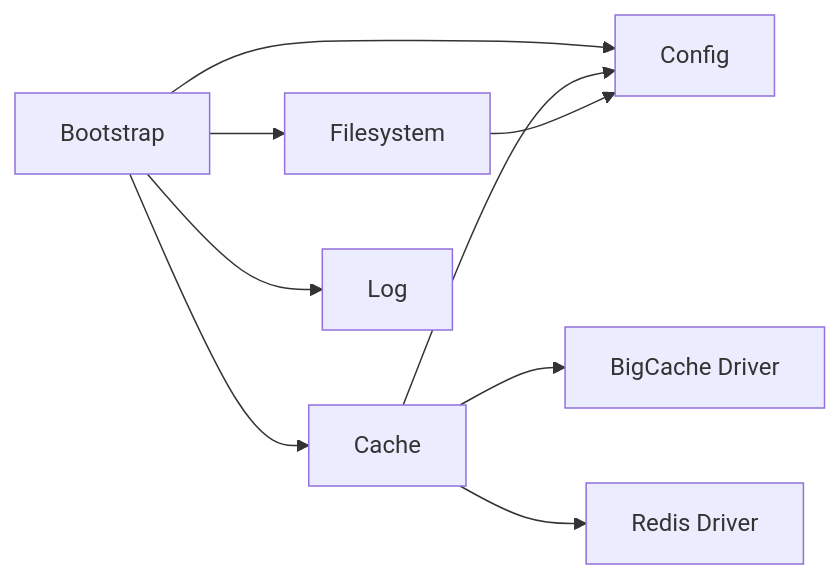
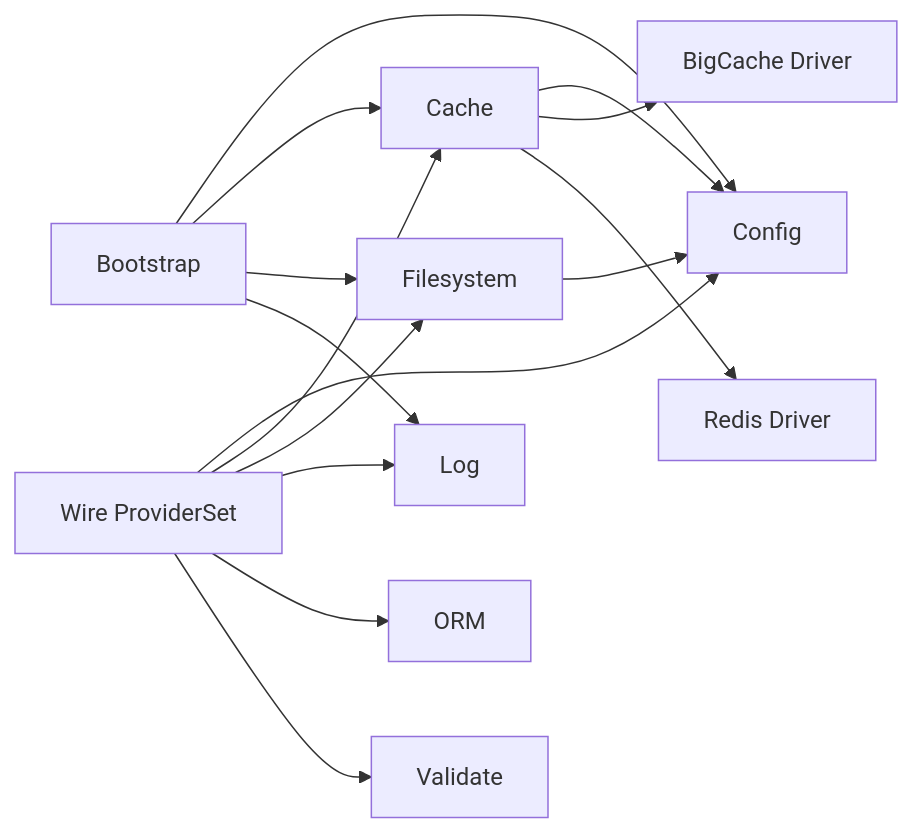
Before and after one commit to wuwuseo/cmf: the seventh of 7 diagrams in .qoder/repowiki/zh/content/核心架构/依赖注入机制.md, drawn with Mermaid. The commit also changed other lines of this file and 5 other files, not shown here.

````diff
--- a/.qoder/repowiki/zh/content/核心架构/依赖注入机制.md
+++ b/.qoder/repowiki/zh/content/核心架构/依赖注入机制.md
@@ -294,11 +378,17 @@
 ```mermaid
 graph LR
 Boot["Bootstrap"] --> Cfg["Config"]
 Boot --> Cch["Cache"]
 Boot --> FS["Filesystem"]
 Boot --> Log["Log"]
+Wire["Wire ProviderSet"] --> Cfg
+Wire --> Cch
+Wire --> FS
+Wire --> Log
+Wire --> ORM["ORM"]
+Wire --> VAL["Validate"]
 Cch --> Cfg
 FS --> Cfg
 Cch --> BC["BigCache Driver"]
 Cch --> RD["Redis Driver"]
 ```
````
